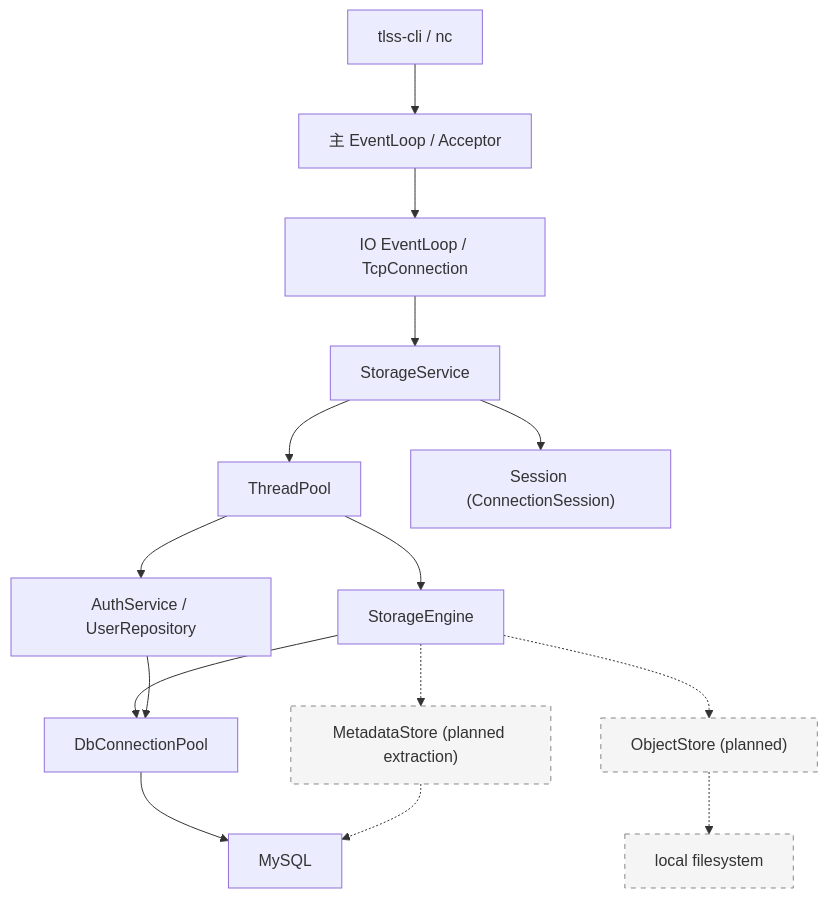
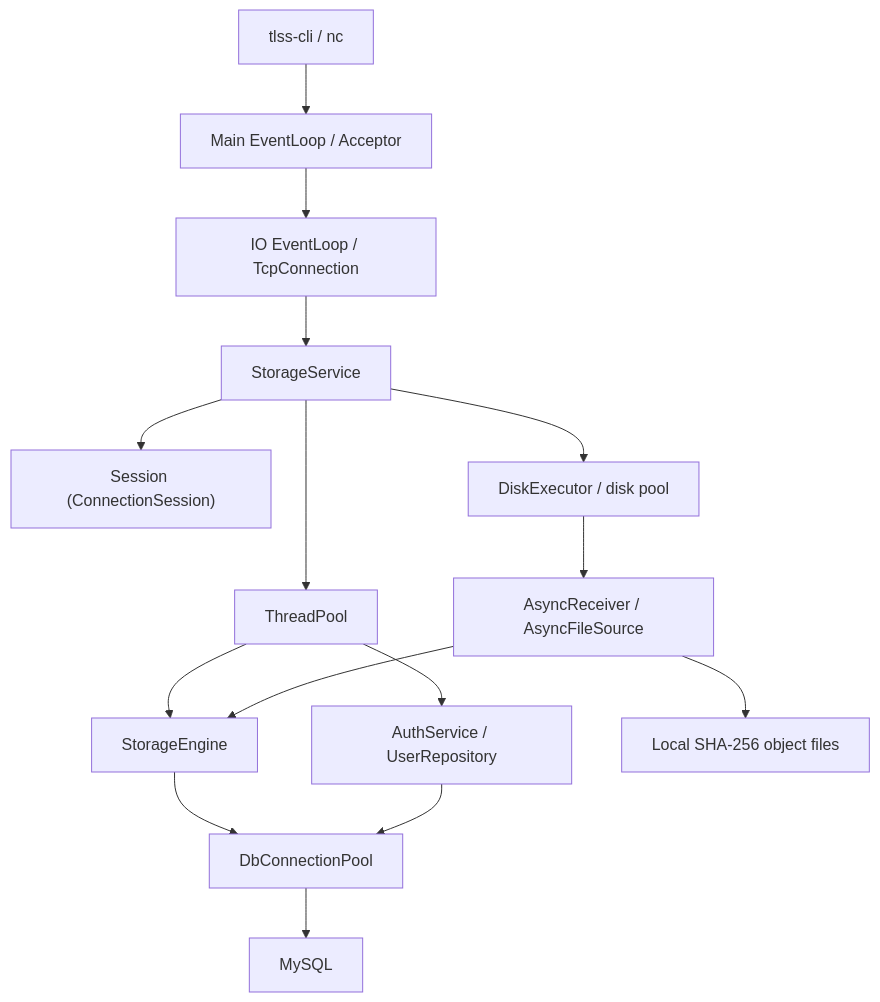
Before and after one commit to ClarkY0505/cpp_TLFSS: the diagram in README.md, drawn with Mermaid. The commit also changed other lines of this file and 2 other files, not shown here.

````diff
--- a/README.md
+++ b/README.md
@@ -93,20 +124,17 @@
 ```mermaid
 flowchart TD
-    Client[tlss-cli / nc] --> Acceptor[主 EventLoop / Acceptor]
+    Client[tlss-cli / nc] --> Acceptor[Main EventLoop / Acceptor]
     Acceptor --> Connection[IO EventLoop / TcpConnection]
     Connection --> Service[StorageService]
     Service --> Workers[ThreadPool]
     Service --> Session["Session (ConnectionSession)"]
     Workers --> Engine[StorageEngine]
     Workers --> Auth[AuthService / UserRepository]
+    Service --> Disk[DiskExecutor / disk pool]
+    Disk --> Transfer[AsyncReceiver / AsyncFileSource]
+    Transfer --> Filesystem[Local SHA-256 object files]
+    Transfer --> Engine
     Engine --> Pool[DbConnectionPool]
     Auth --> Pool
     Pool --> MySQL[MySQL]
-    Engine -.-> Metadata["MetadataStore (planned extraction)"]
-    Engine -.-> Objects["ObjectStore (planned)"]
-    Metadata -.-> MySQL
-    Objects -.-> Filesystem[local filesystem]
-
-    classDef planned fill:#f5f5f5,stroke:#888,stroke-dasharray:5 5
-    class Metadata,Objects,Filesystem planned
 ```
````
